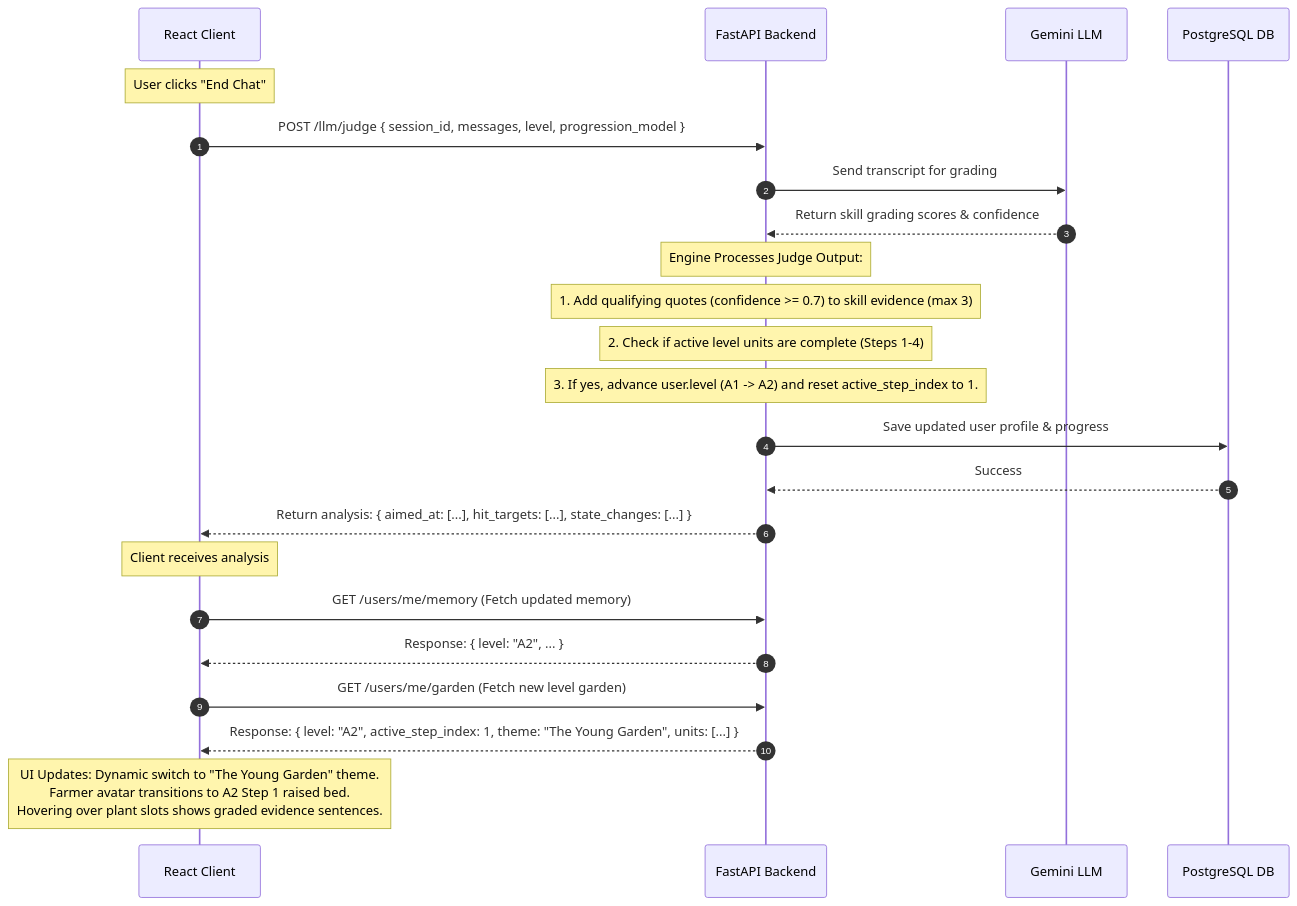
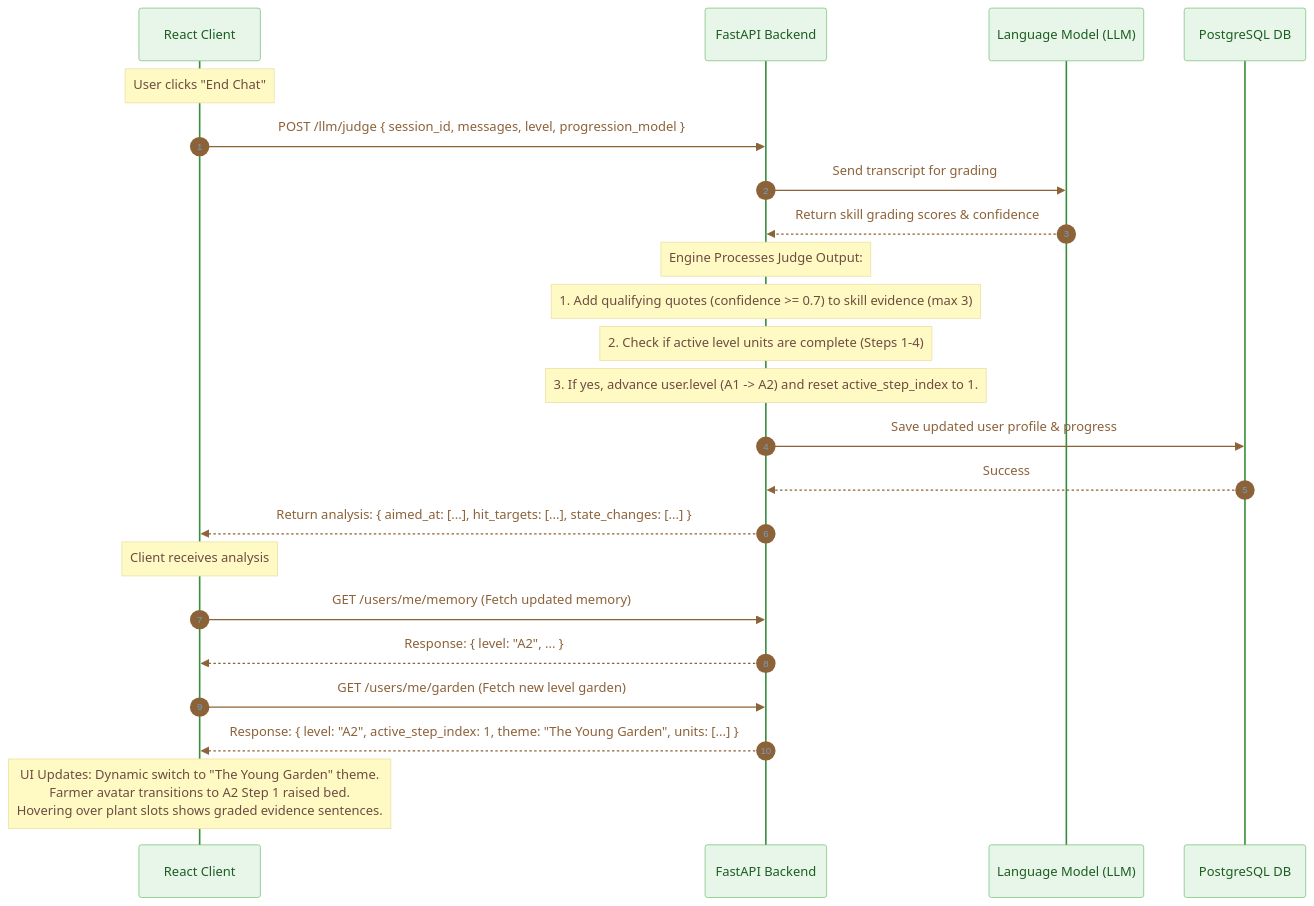
One commit to anshika410/English_learning_flutter_app changed the fourth of 4 diagrams in docs/mintlify-src/system-architecture.mdx. Above: the diagram before and after it, drawn with Mermaid. The commit also changed other lines of this file and 17 other files, not shown here.

Commit message:
docs: remove flow simulator, update route links, and rebuild docs export

````diff
--- a/docs/mintlify-src/system-architecture.mdx
+++ b/docs/mintlify-src/system-architecture.mdx
@@ -126,30 +219,53 @@
 ```mermaid
+%%{init: {
+  'theme': 'base',
+  'themeVariables': {
+    'primaryColor': '#E8F5E9',
+    'primaryTextColor': '#1B5E20',
+    'primaryBorderColor': '#A5D6A7',
+    'lineColor': '#8C6239',
+    'secondaryColor': '#F5F5F5',
+    'tertiaryColor': '#FAF8F5',
+    'noteBkgColor': '#FFF9C4',
+    'noteTextColor': '#6D4C41',
+    'actorBkg': '#E8F5E9',
+    'actorBorder': '#81C784',
+    'actorTextColor': '#1B5E20',
+    'actorLineColor': '#388E3C',
+    'signalColor': '#8C6239',
+    'signalTextColor': '#8C6239',
+    'labelBoxBkgColor': '#FAF8F5',
+    'labelBoxBorderColor': '#A5D6A7',
+    'labelTextTextColor': '#1B5E20',
+    'loopTextColor': '#1B5E20'
+  }
+}}%%
 sequenceDiagram
     autonumber
     participant Client as React Client
     participant API as FastAPI Backend
-    participant LLM as Gemini LLM
+    participant LLM as Language Model (LLM)
     participant DB as PostgreSQL DB
 
     Note over Client: User clicks "End Chat"
     Client->>API: POST /llm/judge { session_id, messages, level, progression_model }
     API->>LLM: Send transcript for grading
     LLM-->>API: Return skill grading scores & confidence
     
     Note over API: Engine Processes Judge Output:
     Note over API: 1. Add qualifying quotes (confidence >= 0.7) to skill evidence (max 3)
     Note over API: 2. Check if active level units are complete (Steps 1-4)
     Note over API: 3. If yes, advance user.level (A1 -> A2) and reset active_step_index to 1.
     
     API->>DB: Save updated user profile & progress
     DB-->>API: Success
     API-->>Client: Return analysis: { aimed_at: [...], hit_targets: [...], state_changes: [...] }
 
     Note over Client: Client receives analysis
     Client->>API: GET /users/me/memory (Fetch updated memory)
     API-->>Client: Response: { level: "A2", ... }
     Client->>API: GET /users/me/garden (Fetch new level garden)
     API-->>Client: Response: { level: "A2", active_step_index: 1, theme: "The Young Garden", units: [...] }
 
     Note over Client: UI Updates: Dynamic switch to "The Young Garden" theme.<br/>Farmer avatar transitions to A2 Step 1 raised bed.<br/>Hovering over plant slots shows graded evidence sentences.
 ```
````
